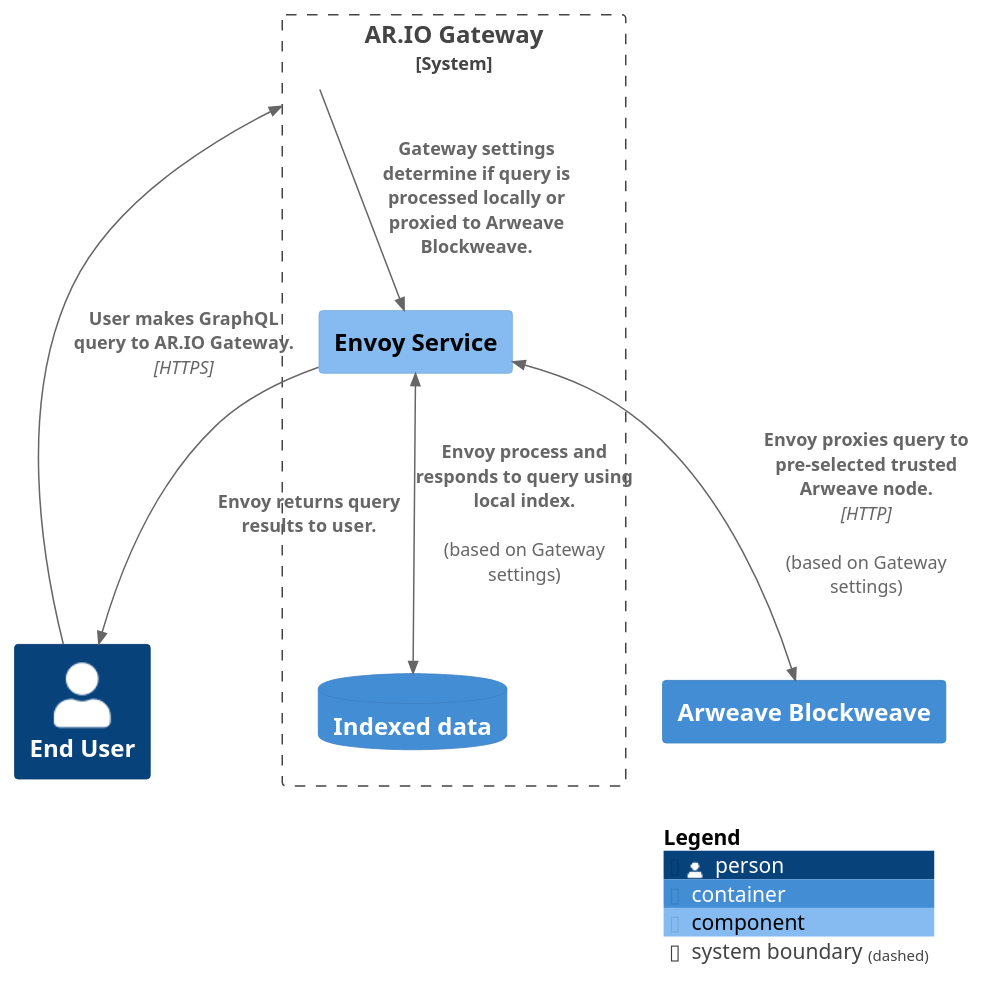
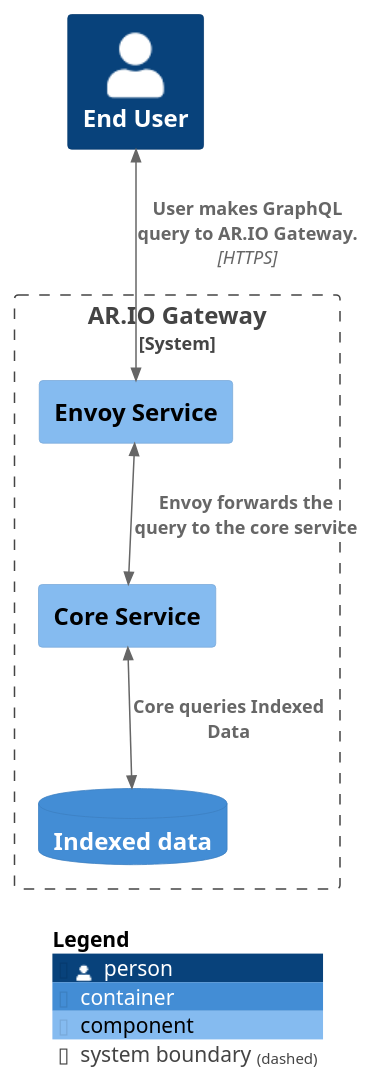
One commit to ar-io/ar-io-node changed the diagram in docs/diagrams/src/GraphQL.puml. Above: the diagram before and after it, drawn with PlantUML. The commit also changed 2 other files, not shown here.

Commit message:
docs(diagrams): Updated diagrams based on feedback

```diff
--- a/docs/diagrams/src/GraphQL.puml
+++ b/docs/diagrams/src/GraphQL.puml
@@ -1,33 +1,31 @@
 @startuml GraphQL_API
 
 
 !include ./C4_Context.puml
 !include ./C4_Container.puml
 !include ./C4_Component.puml
 
 ' Layout
 LAYOUT_TOP_DOWN()
 
 
 ' Define Elements
 
 Person(user, "End User")
-Container(arweave, "Arweave Blockweave")
 System_Boundary(gateway, "AR.IO Gateway"){ 
     Component(envoy, "Envoy Service")
+    Component(core, "Core Service")
     ContainerDb(index, "Indexed data")
     }
 
 
 ' Define Relationships
 
-Rel(user, gateway, "User makes GraphQL query to AR.IO Gateway.", "HTTPS")
-Rel(gateway, envoy, "Gateway settings determine if query is processed locally or proxied to Arweave Blockweave.")
-BiRel(envoy, index, "Envoy process and responds to query using local index.", "", "(based on Gateway settings)")
-BiRel(envoy, arweave, "Envoy proxies query to pre-selected trusted Arweave node.","HTTP", "(based on Gateway settings)")
-Rel(envoy, user, "Envoy returns query results to user.")
+BiRel(user, envoy, "User makes GraphQL query to AR.IO Gateway.", "HTTPS")
+BiRel(envoy, core, "Envoy forwards the query to the core service")
+BiRel(core, index, "Core queries Indexed Data")
 
 
 ' Legend
 SHOW_LEGEND()
 @enduml
```
